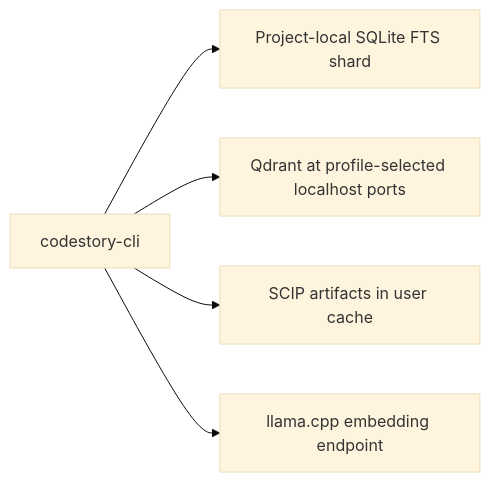
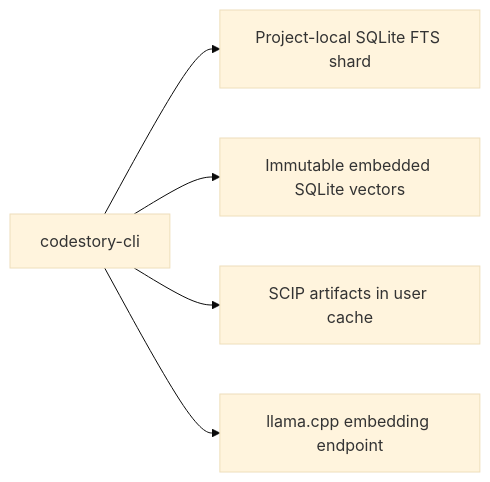
The diagram in docs/ops/retrieval-sidecars.md (TheGreenCedar/CodeStory), drawn with Mermaid (base theme) before and after one commit. The commit also changed other lines of this file and 27 other files, not shown here.

````diff
--- a/docs/ops/retrieval-sidecars.md
+++ b/docs/ops/retrieval-sidecars.md
@@ -33,7 +36,7 @@
 ```mermaid
 flowchart LR
     cli[codestory-cli] --> lexical["Project-local SQLite FTS shard"]
-    cli --> qdrant["Qdrant at profile-selected localhost ports"]
+    cli --> vectors["Immutable embedded SQLite vectors"]
     cli --> scip[SCIP artifacts in user cache]
     cli --> embed[llama.cpp embedding endpoint]
 ```
````
